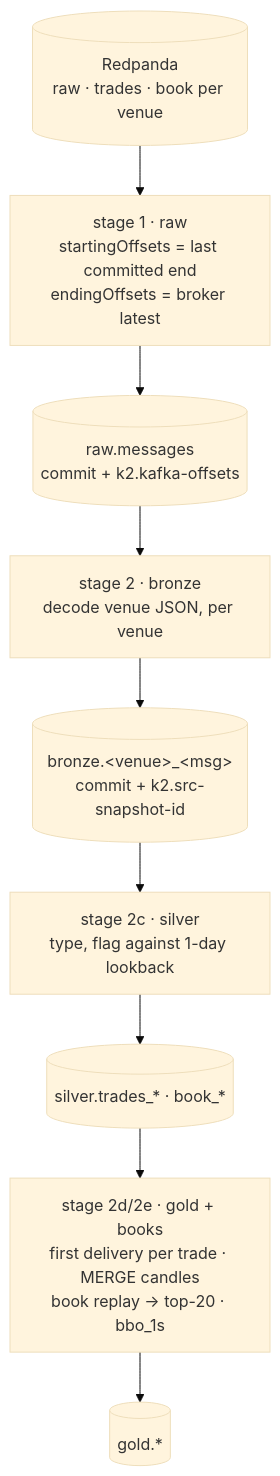
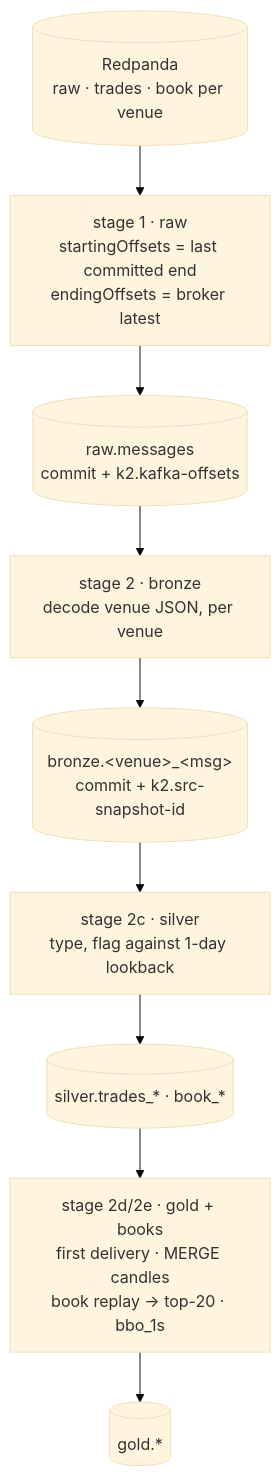
Before and after one commit to rjdscott/k2-market-data-platform: the diagram in docs/architecture/components/lake-ingest.md, drawn with Mermaid (base theme).

Commit message:
docs(architecture): shorten the ingest diagram gold node

````diff
--- a/docs/architecture/components/lake-ingest.md
+++ b/docs/architecture/components/lake-ingest.md
@@ -12,13 +12,13 @@
 ```mermaid
 flowchart TB
   RP[("Redpanda<br/>raw · trades · book per venue")]
   S1["stage 1 · raw<br/>startingOffsets = last committed end<br/>endingOffsets = broker latest"]
   RAW[("raw.messages<br/>commit + k2.kafka-offsets")]
   S2["stage 2 · bronze<br/>decode venue JSON, per venue"]
   BR[("bronze.&lt;venue&gt;_&lt;msg&gt;<br/>commit + k2.src-snapshot-id")]
   S3["stage 2c · silver<br/>type, flag against 1-day lookback"]
   SV[("silver.trades_* · book_*")]
-  S4["stage 2d/2e · gold + books<br/>first delivery per trade · MERGE candles<br/>book replay → top-20 · bbo_1s"]
+  S4["stage 2d/2e · gold + books<br/>first delivery · MERGE candles<br/>book replay → top-20 · bbo_1s"]
   GD[("gold.*")]
   RP --> S1 --> RAW --> S2 --> BR --> S3 --> SV --> S4 --> GD
 ```
````
